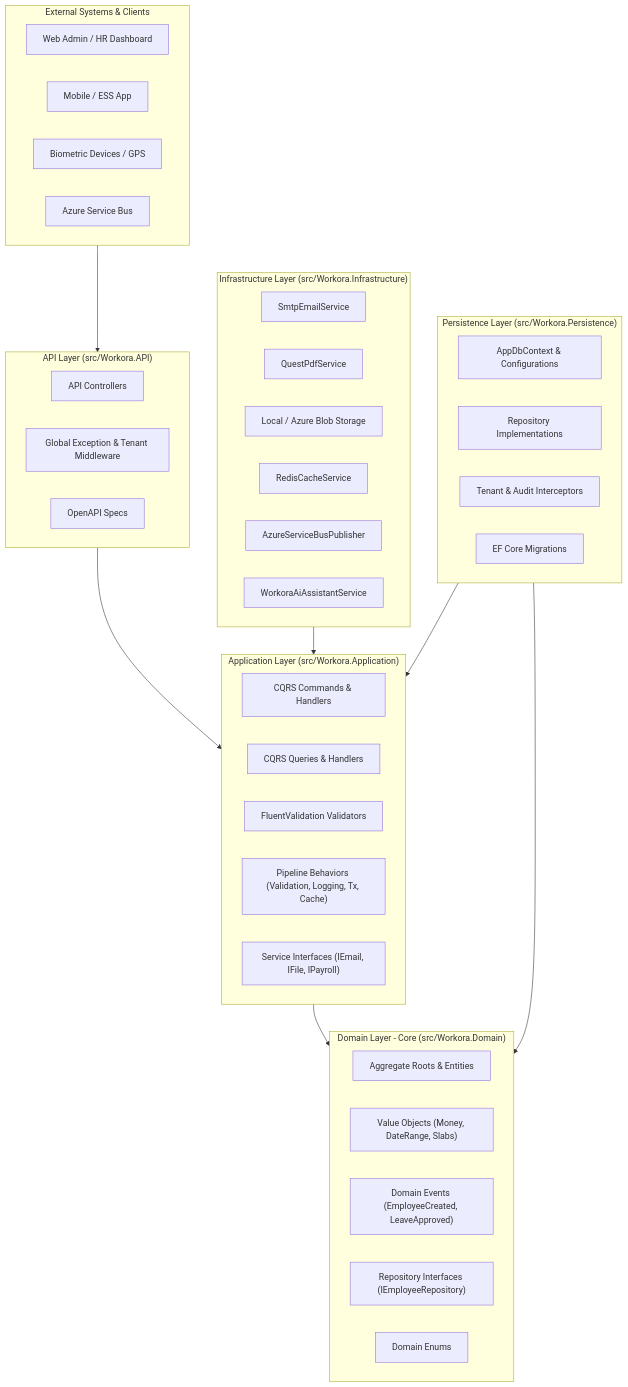
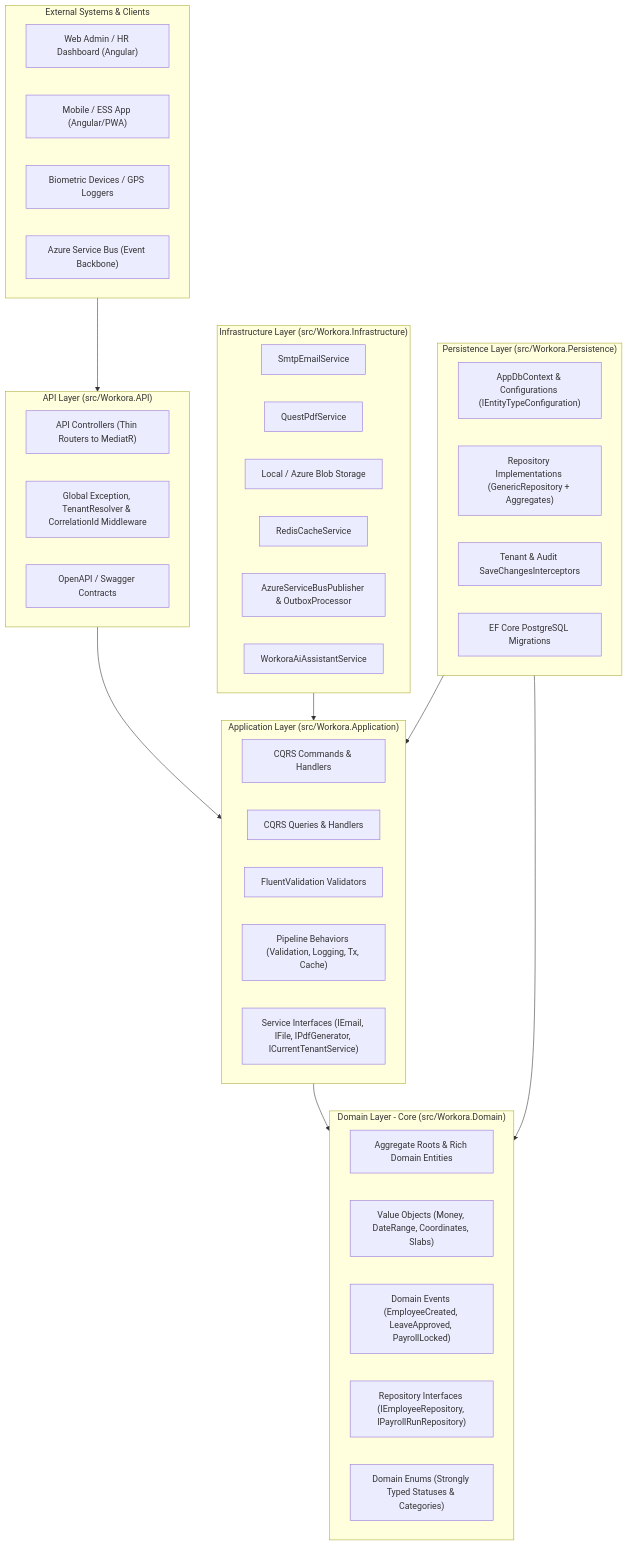
Before and after one commit to satyakidushyant/workora: the second of 11 diagrams in backend/docs/TechnicalDocument.md, drawn with Mermaid. The commit also changed other lines of this file and 16 other files, not shown here.

````diff
--- a/backend/docs/TechnicalDocument.md
+++ b/backend/docs/TechnicalDocument.md
@@ -184,54 +178,54 @@
 ```mermaid
 flowchart TB
     subgraph External["External Systems & Clients"]
-        WebAdmin["Web Admin / HR Dashboard"]
-        MobileApp["Mobile / ESS App"]
-        Biometric["Biometric Devices / GPS"]
-        AzureSB["Azure Service Bus"]
+        WebAdmin["Web Admin / HR Dashboard (Angular)"]
+        MobileApp["Mobile / ESS App (Angular/PWA)"]
+        Biometric["Biometric Devices / GPS Loggers"]
+        AzureSB["Azure Service Bus (Event Backbone)"]
     end
 
     subgraph Presentation["API Layer (src/Workora.API)"]
-        Controllers["API Controllers"]
-        Middleware["Global Exception & Tenant Middleware"]
-        Swagger["OpenAPI Specs"]
+        Controllers["API Controllers (Thin Routers to MediatR)"]
+        Middleware["Global Exception, TenantResolver & CorrelationId Middleware"]
+        Swagger["OpenAPI / Swagger Contracts"]
     end
 
     subgraph ApplicationLayer["Application Layer (src/Workora.Application)"]
         Commands["CQRS Commands & Handlers"]
         Queries["CQRS Queries & Handlers"]
         Validators["FluentValidation Validators"]
         Behaviors["Pipeline Behaviors (Validation, Logging, Tx, Cache)"]
-        Interfaces["Service Interfaces (IEmail, IFile, IPayroll)"]
+        Interfaces["Service Interfaces (IEmail, IFile, IPdfGenerator, ICurrentTenantService)"]
     end
 
     subgraph DomainLayer["Domain Layer - Core (src/Workora.Domain)"]
-        Entities["Aggregate Roots & Entities"]
-        ValueObjects["Value Objects (Money, DateRange, Slabs)"]
-        DomainEvents["Domain Events (EmployeeCreated, LeaveApproved)"]
-        RepoInterfaces["Repository Interfaces (IEmployeeRepository)"]
-        Enums["Domain Enums"]
+        Entities["Aggregate Roots & Rich Domain Entities"]
+        ValueObjects["Value Objects (Money, DateRange, Coordinates, Slabs)"]
+        DomainEvents["Domain Events (EmployeeCreated, LeaveApproved, PayrollLocked)"]
+        RepoInterfaces["Repository Interfaces (IEmployeeRepository, IPayrollRunRepository)"]
+        Enums["Domain Enums (Strongly Typed Statuses & Categories)"]
     end
 
     subgraph InfrastructureLayer["Infrastructure Layer (src/Workora.Infrastructure)"]
         EmailSvc["SmtpEmailService"]
         PdfSvc["QuestPdfService"]
         FileStore["Local / Azure Blob Storage"]
         RedisSvc["RedisCacheService"]
-        EventBus["AzureServiceBusPublisher"]
+        EventBus["AzureServiceBusPublisher & OutboxProcessor"]
         AIService["WorkoraAiAssistantService"]
     end
 
     subgraph PersistenceLayer["Persistence Layer (src/Workora.Persistence)"]
-        AppDb["AppDbContext & Configurations"]
-        Repos["Repository Implementations"]
-        Interceptors["Tenant & Audit Interceptors"]
-        Migrations["EF Core Migrations"]
+        AppDb["AppDbContext & Configurations (IEntityTypeConfiguration)"]
+        Repos["Repository Implementations (GenericRepository + Aggregates)"]
+        Interceptors["Tenant & Audit SaveChangesInterceptors"]
+        Migrations["EF Core PostgreSQL Migrations"]
     end
 
     External --> Presentation
     Presentation --> ApplicationLayer
     ApplicationLayer --> DomainLayer
     InfrastructureLayer --> ApplicationLayer
     PersistenceLayer --> DomainLayer
     PersistenceLayer --> ApplicationLayer
 ```
````
